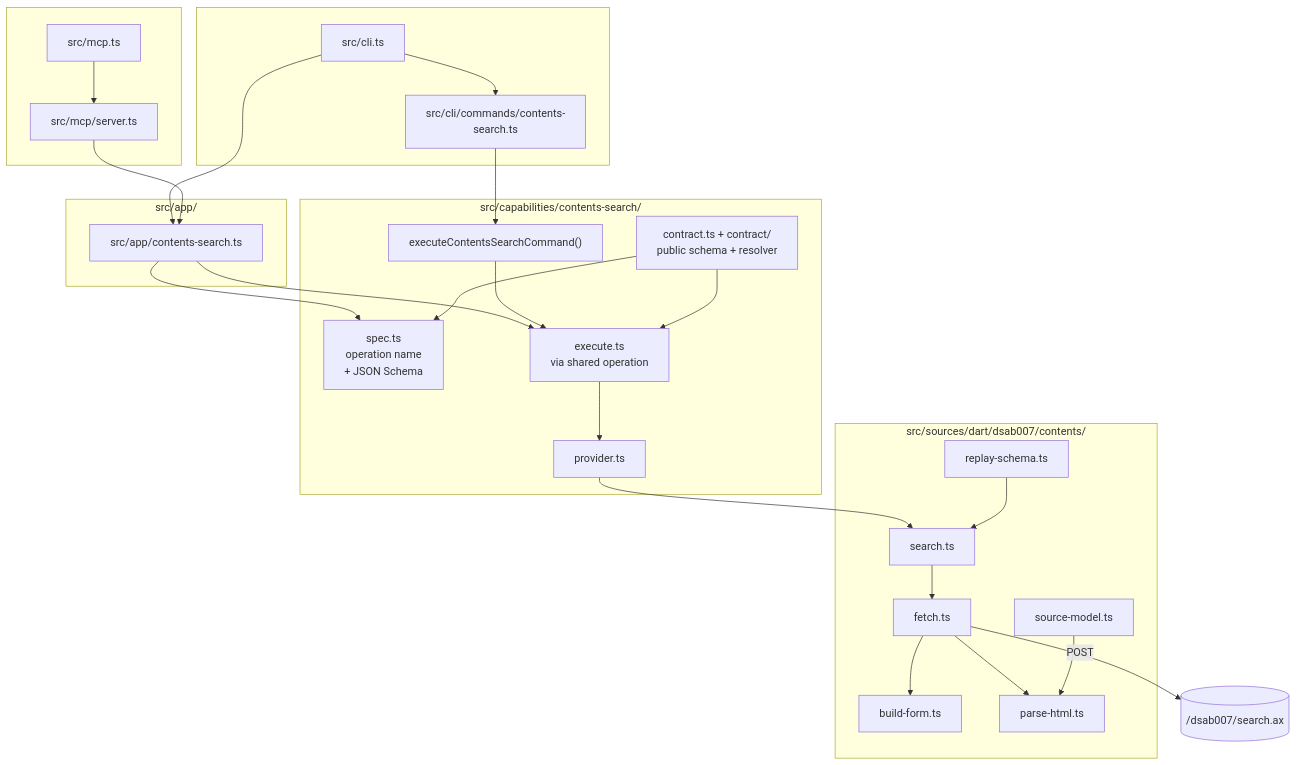
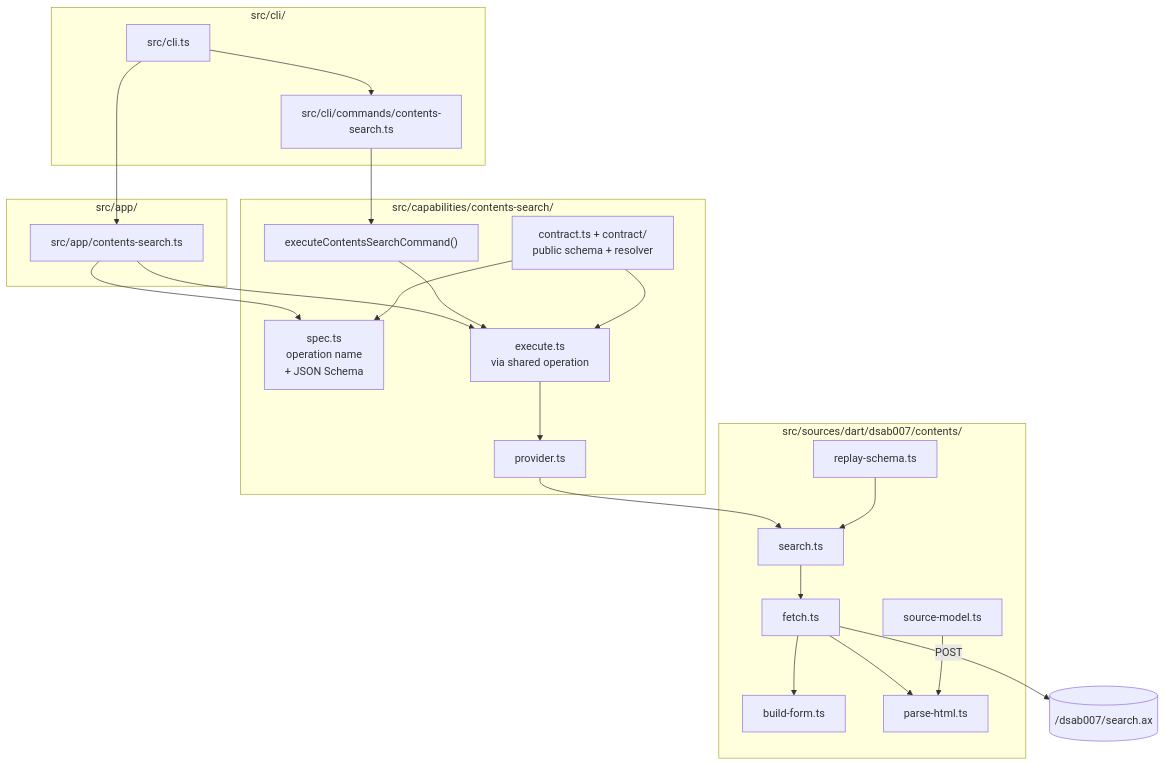
One commit to cpaikr/darty changed the second of 6 diagrams in src/ARCHITECTURE.md. Above: the diagram before and after it, drawn with Mermaid. The commit also changed other lines of this file and 29 other files, not shown here.

````diff
--- a/src/ARCHITECTURE.md
+++ b/src/ARCHITECTURE.md
@@ -63,51 +71,45 @@
 ```mermaid
 graph TD
     CLI_TS["src/cli.ts"] --> CMD["src/cli/commands/contents-search.ts"]
-    MCP_TS["src/mcp.ts"] --> MCP_SRV["src/mcp/server.ts"]
     CMD --> RUN["executeContentsSearchCommand()"]
     CLI_TS --> APP["src/app/contents-search.ts"]
-    MCP_SRV --> APP
     APP --> SPEC["spec.ts\noperation name\n+ JSON Schema"]
     APP --> EXEC["execute.ts\nvia shared operation"]
     RUN --> EXEC
     EXEC --> PROV["provider.ts"]
     PROV --> SEARCH["search.ts"]
     SEARCH --> FETCH["fetch.ts"]
     FETCH --> FORM["build-form.ts"]
     FETCH --> PARSE["parse-html.ts"]
 
     CONTRACT["contract.ts + contract/\npublic schema + resolver"] --> EXEC
     CONTRACT --> SPEC
 
     REPLAY["replay-schema.ts"] --> SEARCH
     MODEL["source-model.ts"] --> PARSE
 
     FETCH -->|POST| DART[("/dsab007/search.ax")]
 
-    subgraph cli [" "]
+    subgraph cli ["src/cli/"]
         CLI_TS
         CMD
-    end
-    subgraph mcp [" "]
-        MCP_TS
-        MCP_SRV
     end
     subgraph app ["src/app/"]
         APP
     end
     subgraph cap ["src/capabilities/contents-search/"]
         CONTRACT
         SPEC
         EXEC
         PROV
         RUN
     end
-    subgraph src ["src/sources/dart/dsab007/contents/"]
+    subgraph source ["src/sources/dart/dsab007/contents/"]
         SEARCH
         FETCH
         FORM
         PARSE
         REPLAY
         MODEL
     end
 ```
````
